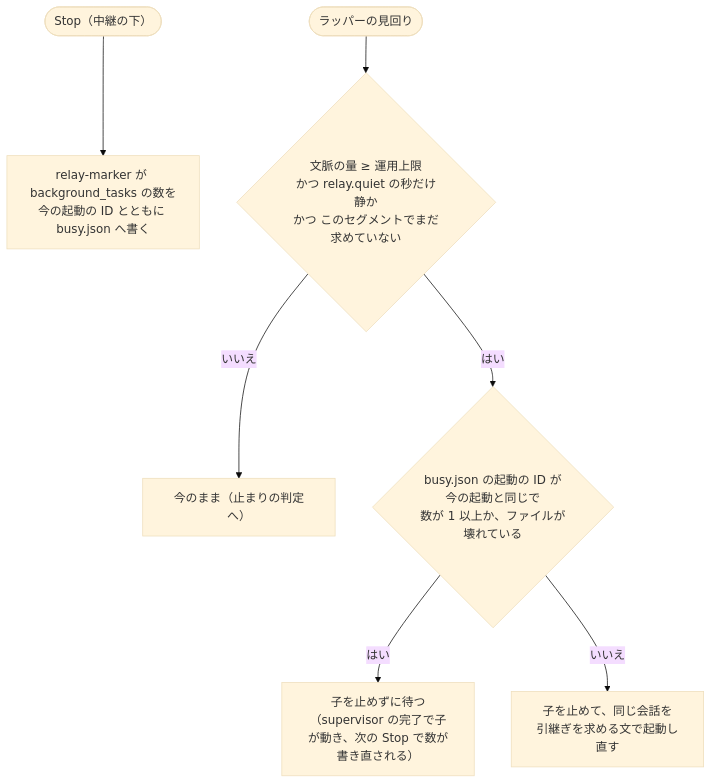
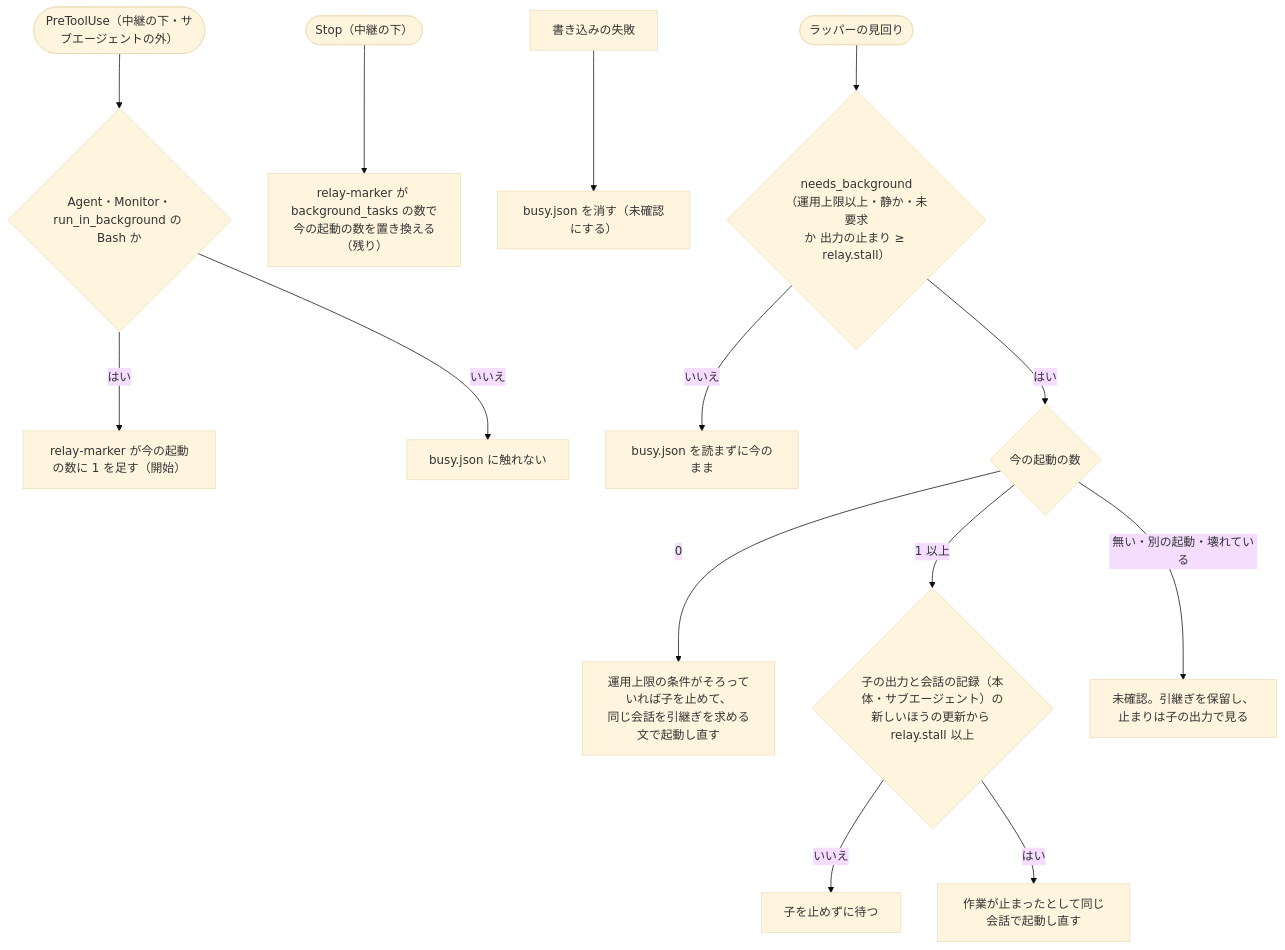
Before and after one commit to devbasex/ai-plugins: the fourth of 4 diagrams in issues/issue-3995-design.md, drawn with Mermaid (base theme). The commit also changed other lines of this file and 1 other file, not shown here.

First line of the commit message:
Docs: 背景の作業の開始も数えて未確認なら引継ぎを保留し、Stop で引継ぎを促し、背景の作業中の止まりを会話の記録で見る（#3995 のクロスレビュー r2）

````diff
--- a/issues/issue-3995-design.md
+++ b/issues/issue-3995-design.md
@@ -115,9 +120,16 @@
 ```mermaid
 flowchart TD
-  S([Stop（中継の下）]) --> W1[relay-marker が background_tasks の数を<br>今の起動の ID とともに busy.json へ書く]
-  Q([ラッパーの見回り]) --> O{文脈の量 ≥ 運用上限<br>かつ relay.quiet の秒だけ静か<br>かつ このセグメントでまだ求めていない}
-  O -- いいえ --> N[今のまま（止まりの判定へ）]
-  O -- はい --> BG{busy.json の起動の ID が今の起動と同じで<br>数が 1 以上か、ファイルが壊れている}
-  BG -- はい --> WT[子を止めずに待つ<br>（supervisor の完了で子が動き、次の Stop で数が書き直される）]
-  BG -- いいえ --> H[子を止めて、同じ会話を<br>引継ぎを求める文で起動し直す]
+  P([PreToolUse（中継の下・サブエージェントの外）]) --> P1{Agent・Monitor・<br>run_in_background の Bash か}
+  P1 -- はい --> W0[relay-marker が今の起動の数に 1 を足す（開始）]
+  P1 -- いいえ --> P2[busy.json に触れない]
+  S([Stop（中継の下）]) --> W1[relay-marker が background_tasks の数で<br>今の起動の数を置き換える（残り）]
+  F[書き込みの失敗] --> W2[busy.json を消す（未確認にする）]
+  Q([ラッパーの見回り]) --> O{needs_background<br>（運用上限以上・静か・未要求<br>か 出力の止まり ≥ relay.stall）}
+  O -- いいえ --> N[busy.json を読まずに今のまま]
+  O -- はい --> BG{今の起動の数}
+  BG -- 0 --> H[運用上限の条件がそろっていれば子を止めて、<br>同じ会話を引継ぎを求める文で起動し直す]
+  BG -- 1 以上 --> A{子の出力と会話の記録（本体・サブエージェント）の<br>新しいほうの更新から relay.stall 以上}
+  A -- いいえ --> WT[子を止めずに待つ]
+  A -- はい --> R[作業が止まったとして同じ会話で起動し直す]
+  BG -- 無い・別の起動・壊れている --> U[未確認。引継ぎを保留し、<br>止まりは子の出力で見る]
 ```
````
